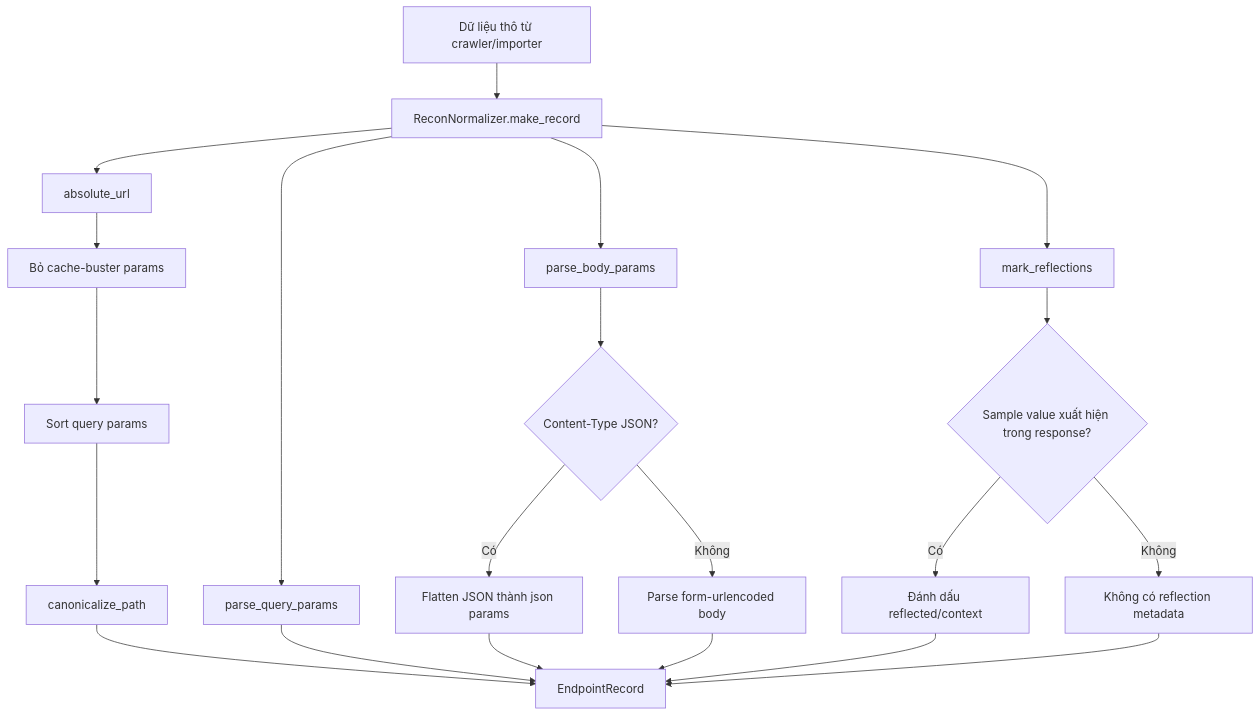
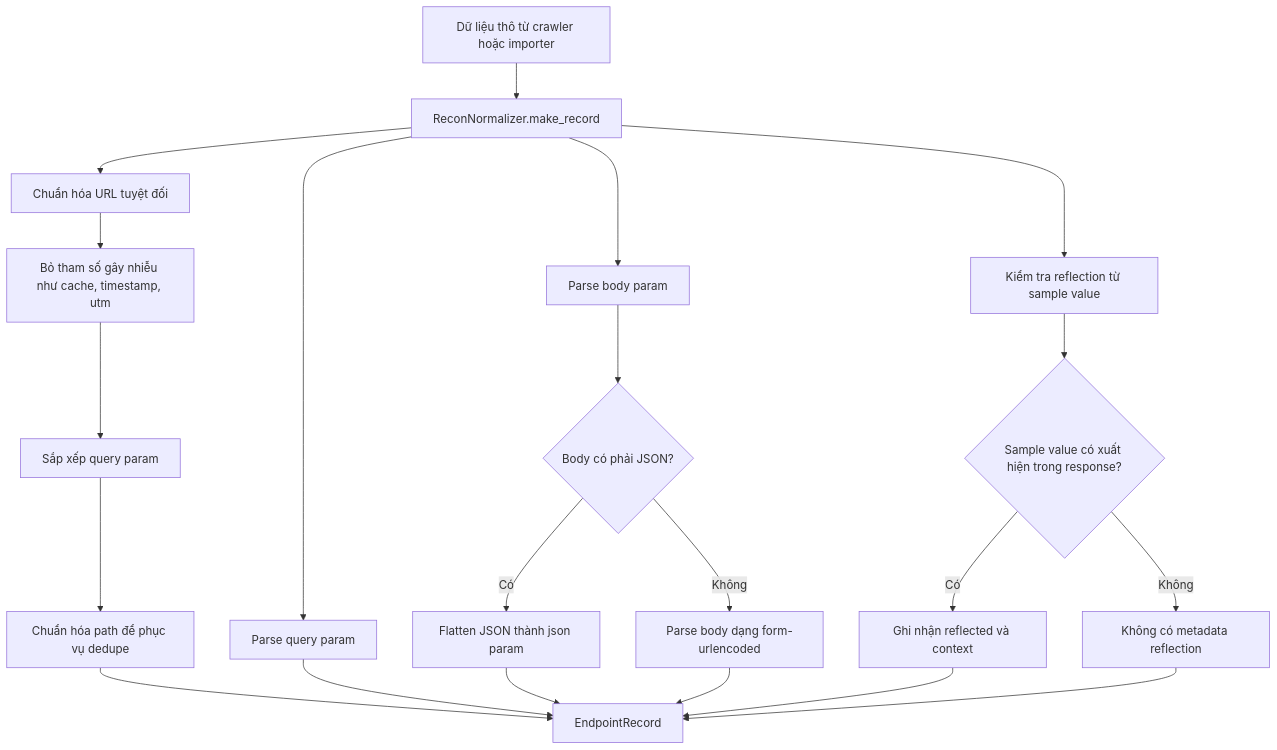
Before and after one commit to penguino7/toolkiemthu: the fifth of 11 diagrams in RECON_FLOW.md, drawn with Mermaid. The commit also changed other lines of this file, not shown here.

Commit message:
Update lại file recon

````diff
--- a/RECON_FLOW.md
+++ b/RECON_FLOW.md
@@ -119,26 +135,26 @@
 ```mermaid
 flowchart TD
-    A[Dữ liệu thô từ crawler/importer] --> B[ReconNormalizer.make_record]
-    B --> C[absolute_url]
-    C --> D[Bỏ cache-buster params]
-    D --> E[Sort query params]
-    E --> F[canonicalize_path]
+    A[Dữ liệu thô từ crawler hoặc importer] --> B[ReconNormalizer.make_record]
+    B --> C[Chuẩn hóa URL tuyệt đối]
+    C --> D[Bỏ tham số gây nhiễu như cache, timestamp, utm]
+    D --> E[Sắp xếp query param]
+    E --> F[Chuẩn hóa path để phục vụ dedupe]
 
-    B --> G[parse_query_params]
-    B --> H[parse_body_params]
-    H --> I{Content-Type JSON?}
-    I -->|Có| J[Flatten JSON thành json params]
-    I -->|Không| K[Parse form-urlencoded body]
+    B --> G[Parse query param]
+    B --> H[Parse body param]
+    H --> I{Body có phải JSON?}
+    I -->|Có| J[Flatten JSON thành json param]
+    I -->|Không| K[Parse body dạng form-urlencoded]
 
-    B --> L[mark_reflections]
-    L --> M{Sample value xuất hiện trong response?}
-    M -->|Có| N[Đánh dấu reflected/context]
-    M -->|Không| O[Không có reflection metadata]
+    B --> L[Kiểm tra reflection từ sample value]
+    L --> M{Sample value có xuất hiện trong response?}
+    M -->|Có| N[Ghi nhận reflected và context]
+    M -->|Không| O[Không có metadata reflection]
 
     F --> P[EndpointRecord]
     G --> P
     J --> P
     K --> P
     N --> P
     O --> P
 ```
````
